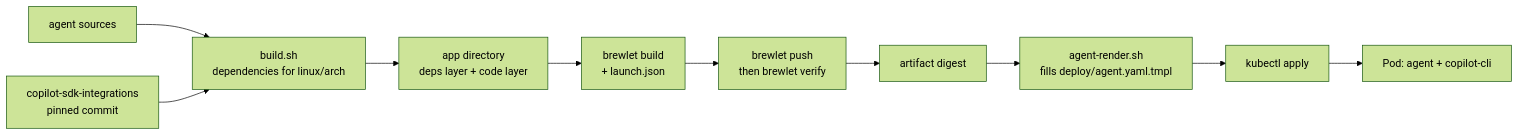
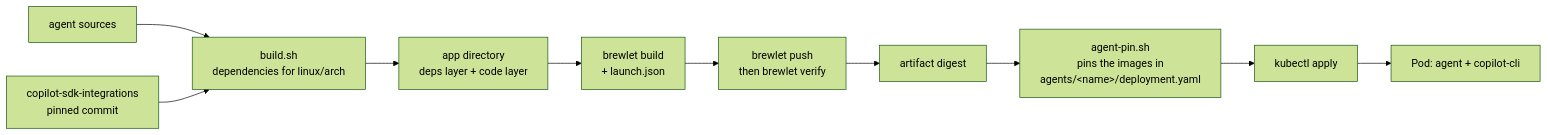
One commit to brunoborges/brewlet-agents changed the second of 3 diagrams in docs/architecture.md. Above: the diagram before and after it, drawn with Mermaid (forest theme). The commit also changed other lines of this file and 36 other files, not shown here.

````diff
--- a/docs/architecture.md
+++ b/docs/architecture.md
@@ -51,12 +51,12 @@
 ```mermaid
 flowchart LR
   src["agent sources"] --> bs["build.sh<br/>dependencies for linux/arch"]
   integ["copilot-sdk-integrations<br/>pinned commit"] --> bs
   bs --> dir["app directory<br/>deps layer + code layer"]
   dir --> bb["brewlet build<br/>+ launch.json"]
   bb --> bp["brewlet push<br/>then brewlet verify"]
   bp --> dg["artifact digest"]
-  dg --> rn["agent-render.sh<br/>fills deploy/agent.yaml.tmpl"]
+  dg --> rn["agent-pin.sh<br/>pins the images in<br/>agents/&lt;name&gt;/deployment.yaml"]
   rn --> ap["kubectl apply"]
   ap --> pd["Pod: agent + copilot-cli"]
 ```
````
